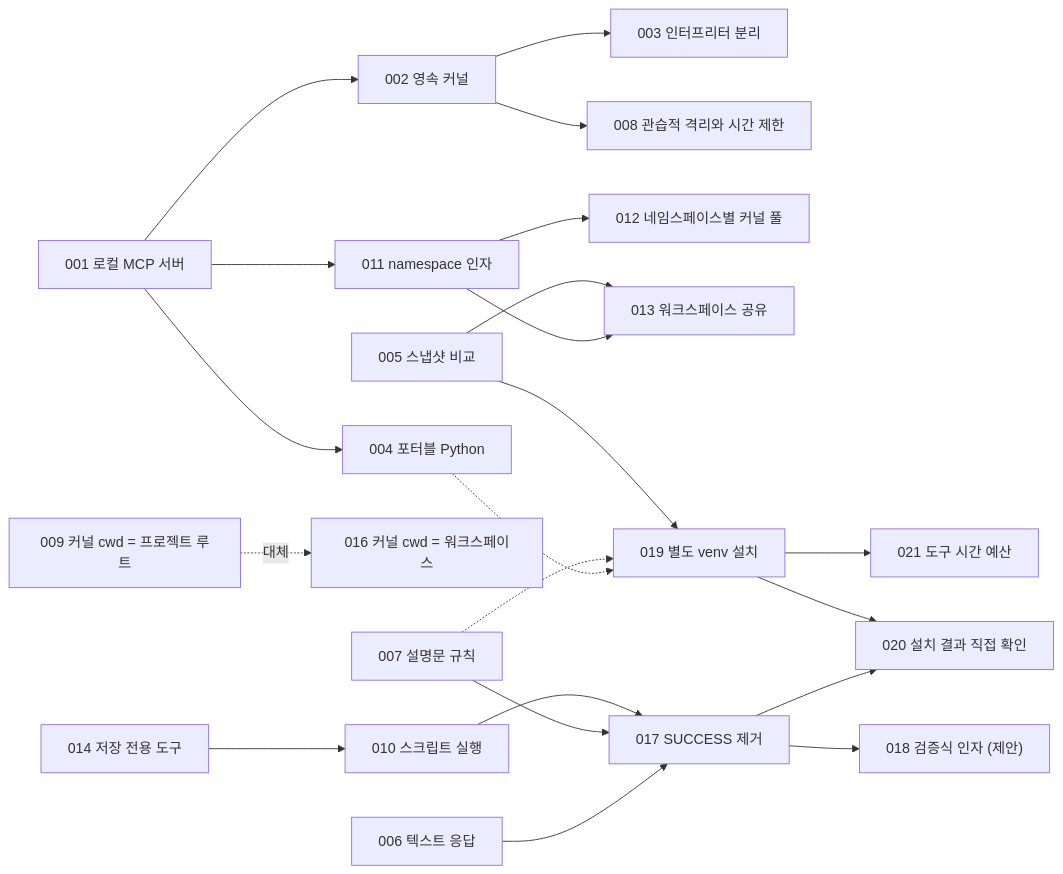
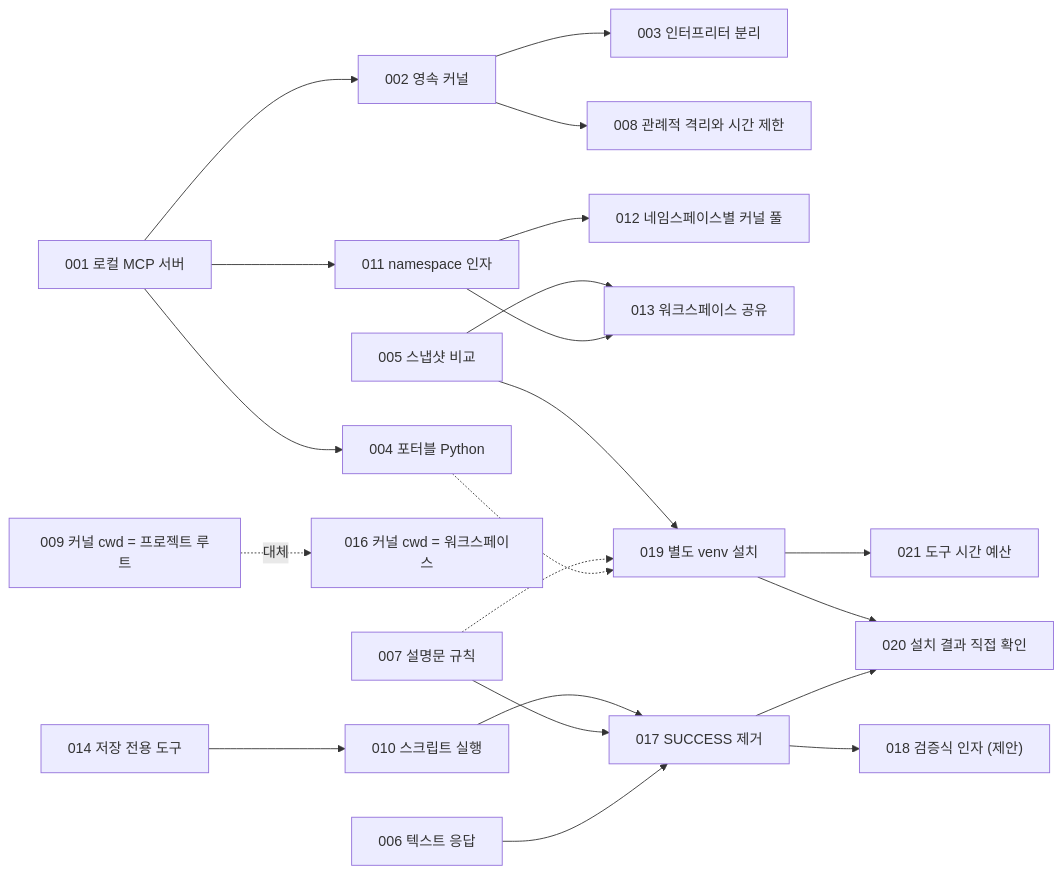
Before and after one commit to HaJaehee/AirGappedPySandbox: the diagram in lectures/adr/README.md, drawn with Mermaid. The commit also changed other lines of this file and 25 other files, not shown here.

First line of the commit message:
DOCS: 교육자료(lectures) 및 다이어그램 한국어 표현 전수 조사 및 표준 기술 용어 정제

````diff
--- a/lectures/adr/README.md
+++ b/lectures/adr/README.md
@@ -57,23 +57,23 @@
 ```mermaid
 flowchart LR
     A001["001 로컬 MCP 서버"] --> A002["002 영속 커널"]
     A001 --> A004["004 포터블 Python"]
     A001 --> A011["011 namespace 인자"]
     A002 --> A003["003 인터프리터 분리"]
-    A002 --> A008["008 관습적 격리와 시간 제한"]
+    A002 --> A008["008 관례적 격리와 시간 제한"]
     A011 --> A012["012 네임스페이스별 커널 풀"]
     A011 --> A013["013 워크스페이스 공유"]
     A005["005 스냅샷 비교"] --> A013
     A009["009 커널 cwd = 프로젝트 루트"] -. "대체" .-> A016["016 커널 cwd = 워크스페이스"]
     A006["006 텍스트 응답"] --> A017["017 SUCCESS 제거"]
     A007["007 설명문 규칙"] --> A017
     A017 --> A018["018 검증식 인자 (제안)"]
     A017 --> A020["020 설치 결과 직접 확인"]
     A004 -.-> A019["019 별도 venv 설치"]
     A007 -.-> A019
     A005 --> A019
     A019 --> A020
     A019 --> A021["021 도구 시간 예산"]
     A010["010 스크립트 실행"] --> A017
     A014["014 저장 전용 도구"] --> A010
 ```
````
